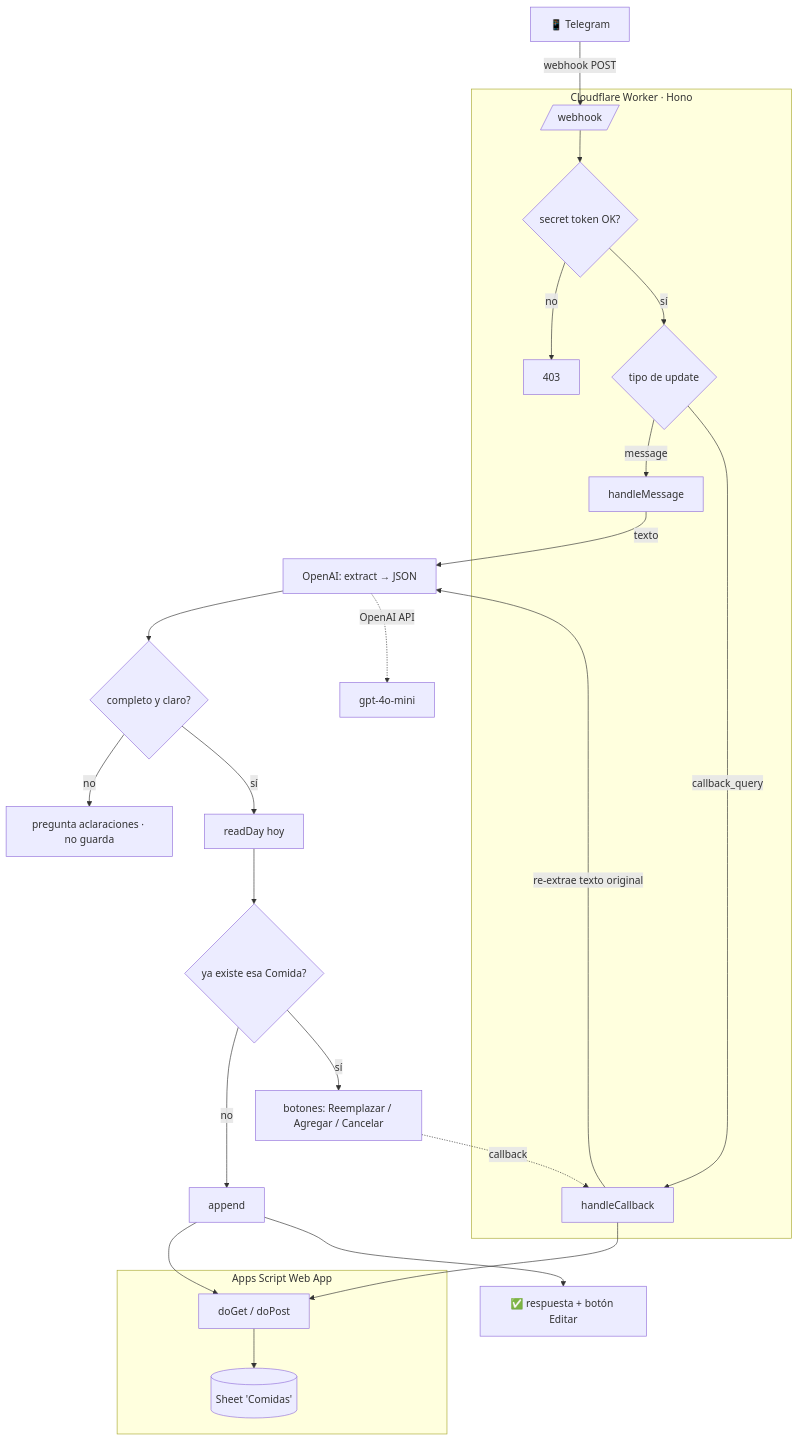
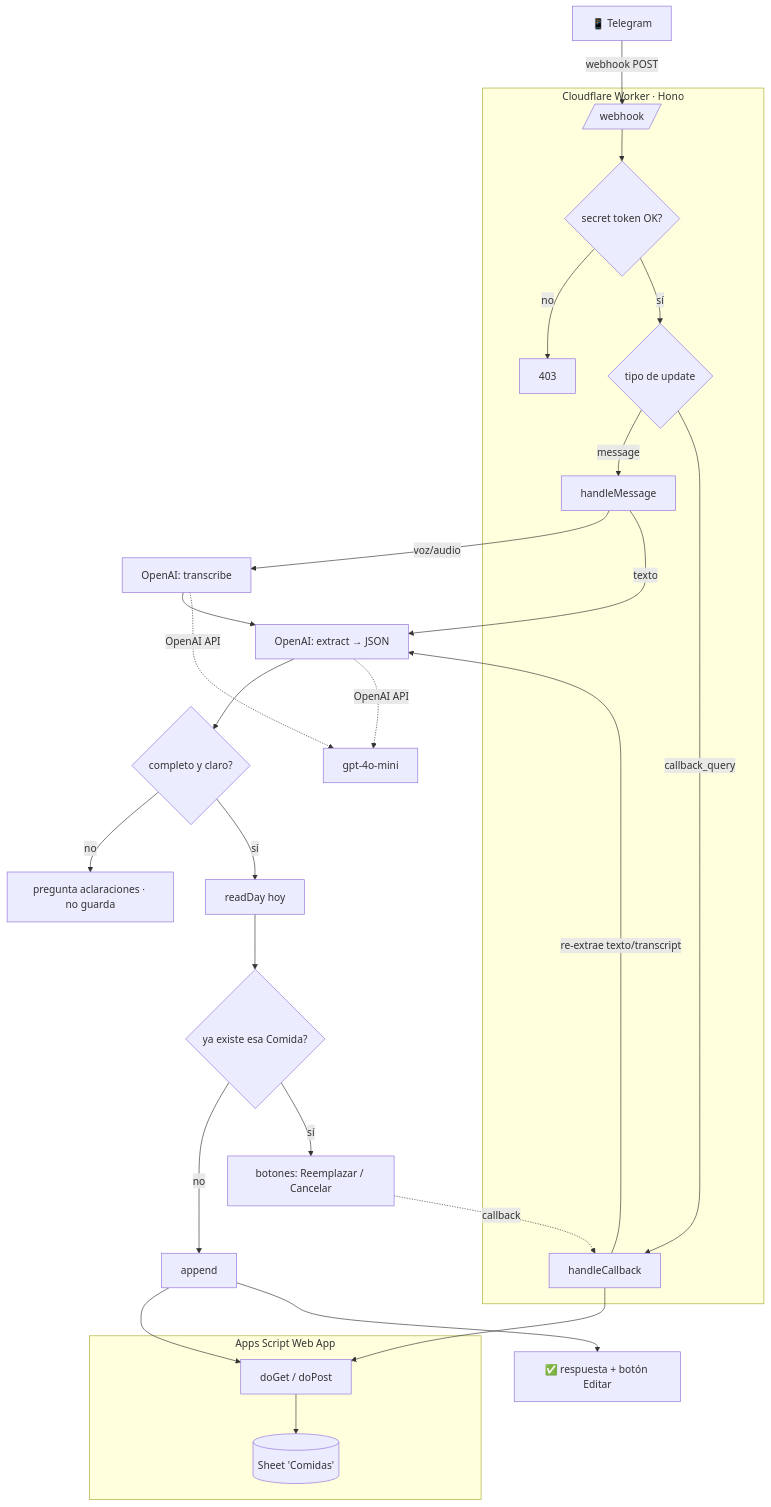
The diagram in README.md (mnPanic/meal-tracker), drawn with Mermaid before and after one commit. The commit also changed other lines of this file and 5 other files, not shown here.

````diff
--- a/README.md
+++ b/README.md
@@ -9,32 +10,35 @@
 ```mermaid
 flowchart TD
     U[📱 Telegram] -->|webhook POST| W
 
     subgraph CF[Cloudflare Worker · Hono]
       W[/webhook/] --> AUTH{secret token OK?}
       AUTH -->|no| F[403]
       AUTH -->|sí| K{tipo de update}
       K -->|message| M[handleMessage]
       K -->|callback_query| CB[handleCallback]
     end
 
-    M -->|texto| EX[OpenAI: extract → JSON]
-    CB -->|re-extrae texto original| EX
+    M -->|voz/audio| TR[OpenAI: transcribe]
+    M -->|texto| EX
+    TR --> EX[OpenAI: extract → JSON]
+    CB -->|re-extrae texto/transcript| EX
     EX --> OK{completo y claro?}
     OK -->|no| ASK[pregunta aclaraciones · no guarda]
     OK -->|sí| RB[readDay hoy]
     RB --> COL{ya existe esa Comida?}
     COL -->|no| AP[append]
-    COL -->|sí| BTN[botones: Reemplazar / Agregar / Cancelar]
+    COL -->|sí| BTN[botones: Reemplazar / Cancelar]
     BTN -.callback.-> CB
 
     AP --> GS
     CB --> GS
 
     subgraph G[Apps Script Web App]
       GS[doGet / doPost] --> SH[(Sheet 'Comidas')]
     end
 
     AP --> R[✅ respuesta + botón Editar]
     EX -. OpenAI API .-> OAI[gpt-4o-mini]
+    TR -. OpenAI API .-> OAI
 ```
````
